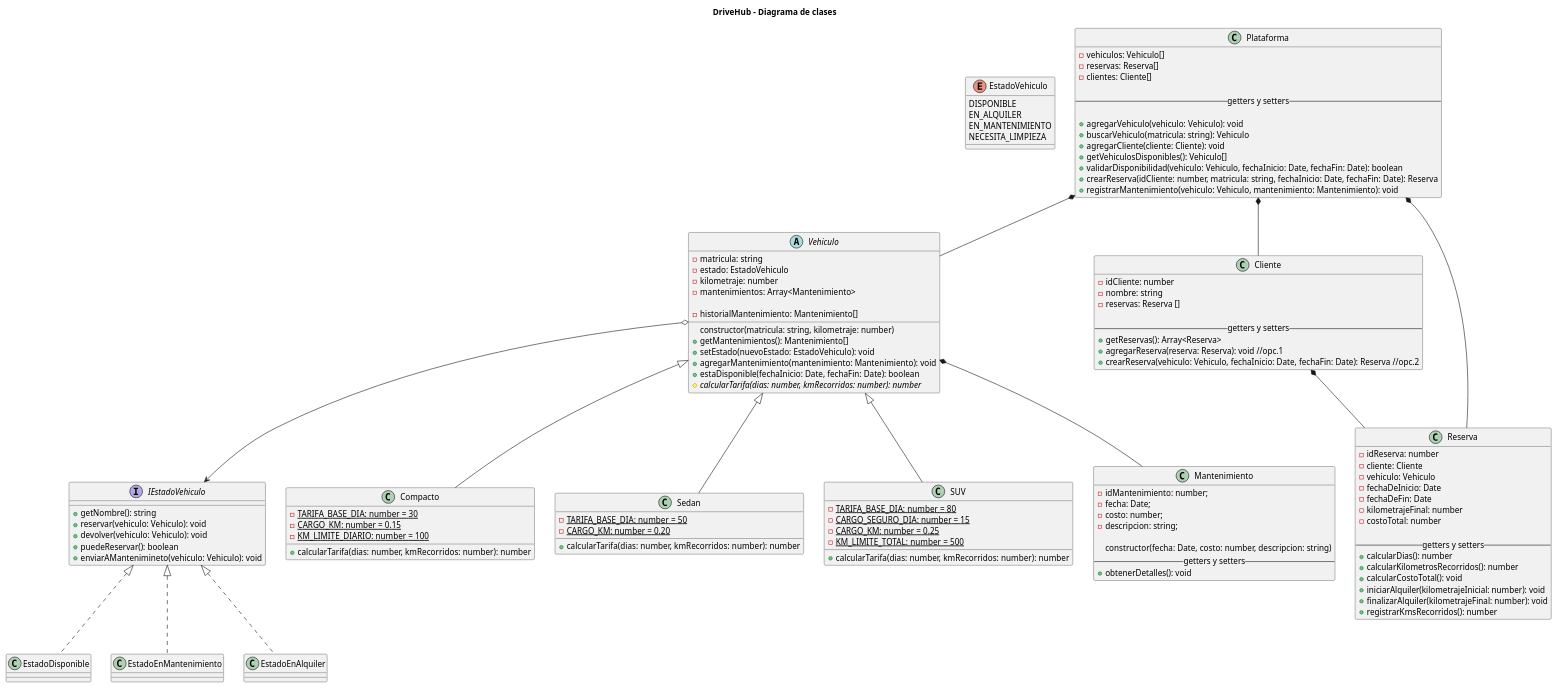
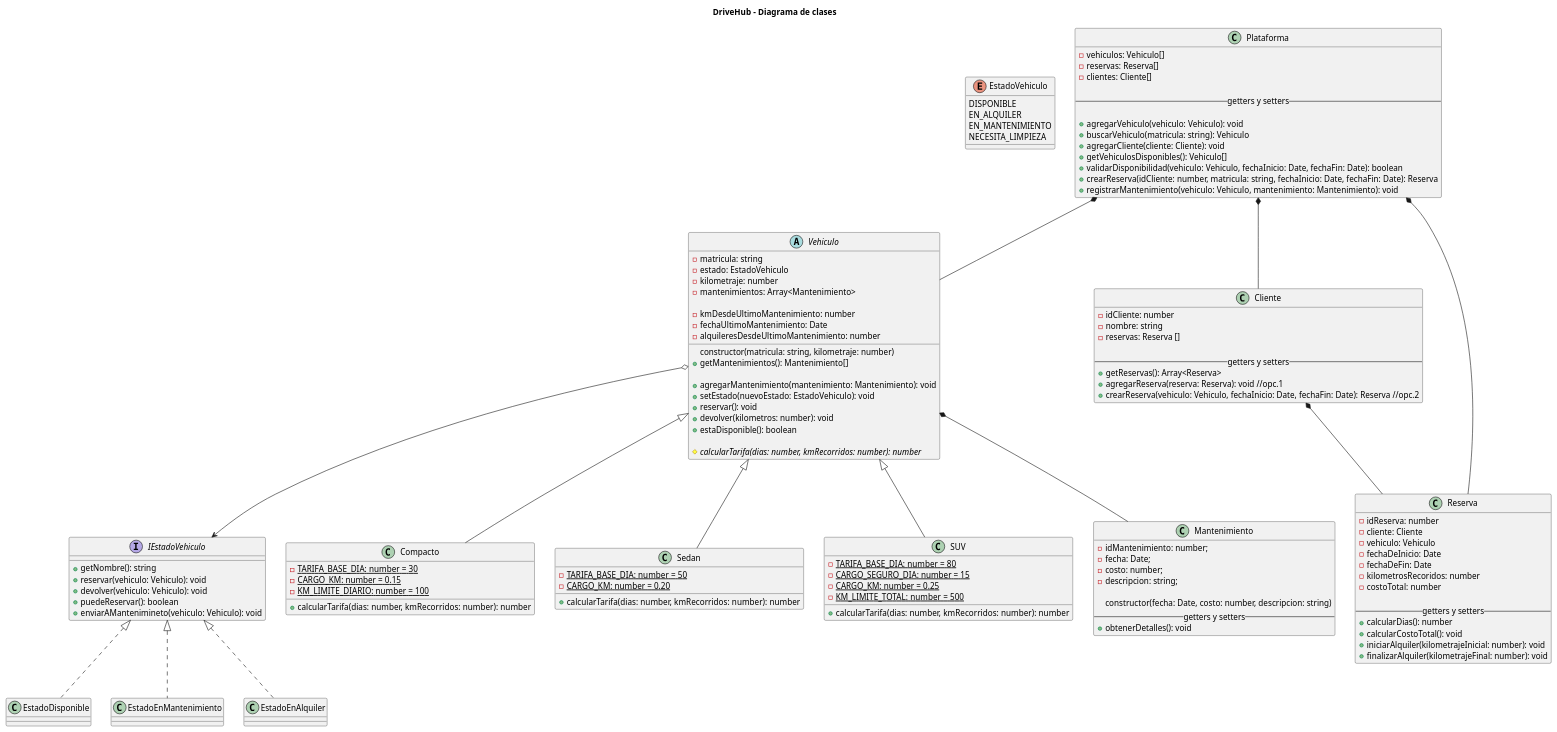
One commit to martingustavolopez/PROGRAMACION-II-CUVL changed the diagram in diagramas/diagrama.puml. Above: the diagram before and after it, drawn with PlantUML. The commit also changed 6 other files, not shown here.

```diff
--- a/diagramas/diagrama.puml
+++ b/diagramas/diagrama.puml
@@ -1,142 +1,149 @@
 @startuml
 
 title DriveHub - Diagrama de clases
 
 ' Enumeracion de estado vehiculo
 enum EstadoVehiculo {
     DISPONIBLE
     EN_ALQUILER
     EN_MANTENIMIENTO
     NECESITA_LIMPIEZA
 }
 ' Cambiar el EstadoVehiculo por una interfaz IEstadoVehiculo
 ' Y utilizar el PATRÓN DE DISEÑO - STATE
 ' Planteo
 interface IEstadoVehiculo {
     + getNombre(): string
     + reservar(vehiculo: Vehiculo): void
     + devolver(vehiculo: Vehiculo): void
     + puedeReservar(): boolean
     + enviarAMantenimineto(vehiculo: Vehiculo): void
 }
 ' Crear las clases Concretas que implementen IEstadoVehiculo
 ' EstadoDisponible : EstadoEnMantenimiento : EstadoEnAlquiler
 class EstadoDisponible {}
 class EstadoEnMantenimiento {}
 class EstadoEnAlquiler {}
 
 abstract class Vehiculo {
     - matricula: string
     - estado: EstadoVehiculo
     - kilometraje: number
     - mantenimientos: Array<Mantenimiento>
+
+    'Disparadores de Mantenimiento
+    - kmDesdeUltimoMantenimiento: number
+    - fechaUltimoMantenimiento: Date
+    - alquileresDesdeUltimoMantenimiento: number
     
     constructor(matricula: string, kilometraje: number)
     + getMantenimientos(): Mantenimiento[]
+
+    + agregarMantenimiento(mantenimiento: Mantenimiento): void
     + setEstado(nuevoEstado: EstadoVehiculo): void
-    + agregarMantenimiento(mantenimiento: Mantenimiento): void
-    + estaDisponible(fechaInicio: Date, fechaFin: Date): boolean
+    + reservar(): void
+    + devolver(kilometros: number): void
+    + estaDisponible(): boolean
+    
     # {abstract} calcularTarifa(dias: number, kmRecorridos: number): number
-    - historialMantenimiento: Mantenimiento[]
 }
 
 class Compacto {
     - {static} TARIFA_BASE_DIA: number = 30
     - {static} CARGO_KM: number = 0.15
     - {static} KM_LIMITE_DIARIO: number = 100 
 
     + calcularTarifa(dias: number, kmRecorridos: number): number        
 }
 
 class Sedan {
     - {static} TARIFA_BASE_DIA: number = 50
     - {static} CARGO_KM: number = 0.20
 
     + calcularTarifa(dias: number, kmRecorridos: number): number
 }
 
 
 class SUV {
     - {static} TARIFA_BASE_DIA: number = 80
     - {static} CARGO_SEGURO_DIA: number = 15
     - {static} CARGO_KM: number = 0.25
     - {static} KM_LIMITE_TOTAL: number = 500
 
     + calcularTarifa(dias: number, kmRecorridos: number): number
 }
 
 
 class Cliente {
     - idCliente: number
     - nombre: string
     - reservas: Reserva []
 
     -- getters y setters --
     + getReservas(): Array<Reserva>
     + agregarReserva(reserva: Reserva): void //opc.1
     + crearReserva(vehiculo: Vehiculo, fechaInicio: Date, fechaFin: Date): Reserva //opc.2
 }
 
 class Reserva {
     - idReserva: number
     - cliente: Cliente
     - vehiculo: Vehiculo
     - fechaDeInicio: Date
     - fechaDeFin: Date
-    - kilometrajeFinal: number
+    - kilometrosRecoridos: number
     - costoTotal: number
 
     -- getters y setters --
     + calcularDias(): number
-    + calcularKilometrosRecorridos(): number
     + calcularCostoTotal(): void
     + iniciarAlquiler(kilometrajeInicial: number): void
     + finalizarAlquiler(kilometrajeFinal: number): void
-    + registrarKmsRecorridos(): number
 }
 
 class Mantenimiento {
     - idMantenimiento: number;
     - fecha: Date;
     - costo: number;
     - descripcion: string;
     
     constructor(fecha: Date, costo: number, descripcion: string)
     -- getters y setters --
     + obtenerDetalles(): void
 }
 
 class Plataforma {
     - vehiculos: Vehiculo[]
     - reservas: Reserva[]
     - clientes: Cliente[]
 
     -- getters y setters --
 
     + agregarVehiculo(vehiculo: Vehiculo): void
     + buscarVehiculo(matricula: string): Vehiculo
     + agregarCliente(cliente: Cliente): void
     + getVehiculosDisponibles(): Vehiculo[]
     + validarDisponibilidad(vehiculo: Vehiculo, fechaInicio: Date, fechaFin: Date): boolean
     + crearReserva(idCliente: number, matricula: string, fechaInicio: Date, fechaFin: Date): Reserva
     + registrarMantenimiento(vehiculo: Vehiculo, mantenimiento: Mantenimiento): void
 }
 
 ' Relaciones de herencia
 Vehiculo <|-- Compacto
 Vehiculo <|-- Sedan
 Vehiculo <|-- SUV
 
 ' Relaciones de composición
 Vehiculo *-- Mantenimiento
 Cliente *-- Reserva
 Plataforma *-- Vehiculo
 Plataforma *-- Cliente
 Plataforma *-- Reserva
 
+
 Vehiculo o--> IEstadoVehiculo
 IEstadoVehiculo <|.. EstadoEnMantenimiento
 IEstadoVehiculo <|.. EstadoEnAlquiler
 IEstadoVehiculo <|.. EstadoDisponible
 
 @enduml
```
